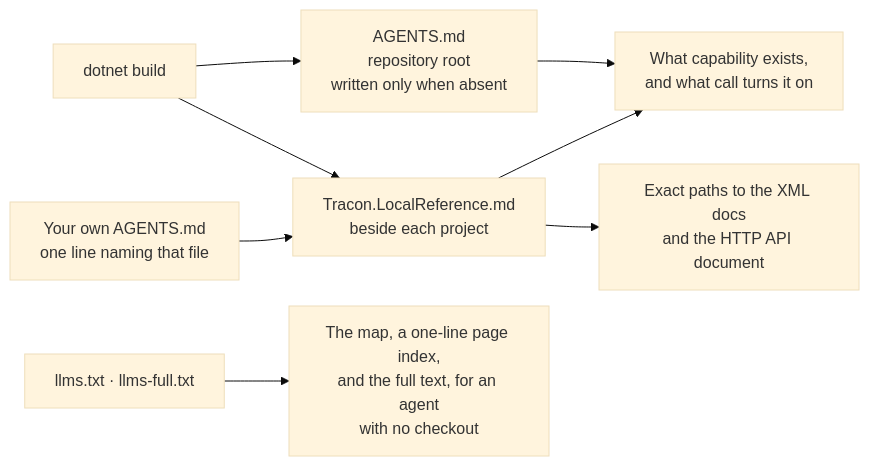
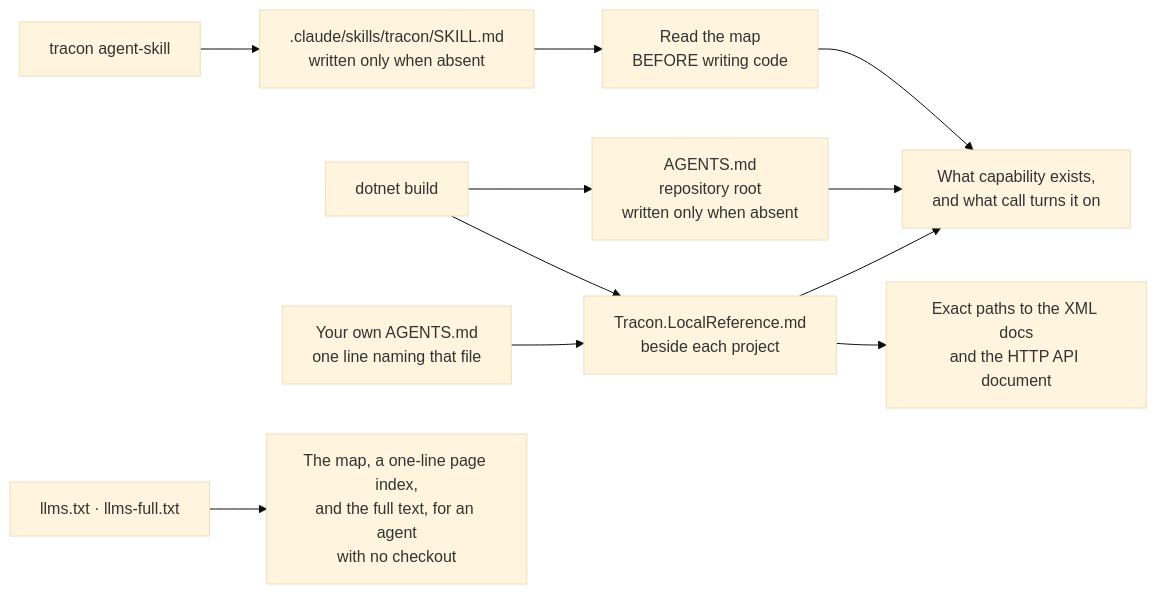
One commit to farukatasoy/Tracon changed the diagram in docs-site/src/content/docs/guides/coding-agents.md. Above: the diagram before and after it, drawn with Mermaid (base theme). The commit also changed other lines of this file and 20 other files, not shown here.

Commit message:
Write the coding-agent gate skill from the tracon tool

````diff
--- a/docs-site/src/content/docs/guides/coding-agents.md
+++ b/docs-site/src/content/docs/guides/coding-agents.md
@@ -49,12 +54,15 @@
 ```mermaid
 flowchart LR
     accTitle: What a coding agent reads, and which question each file answers
-    accDescr: The build writes the capability map and the local reference. The local reference names the map on disk, so a repository that keeps its own instructions reaches it through one pointer line. The site copies serve an agent with no checkout.
+    accDescr: The tool writes the gate skill, which sends the agent to the map before it writes code. The build writes the capability map and the local reference. The local reference names the map on disk, so a repository that keeps its own instructions reaches it through one pointer line. The site copies serve an agent with no checkout.
+    TOOL["tracon agent-skill"] --> SKILL[".claude/skills/tracon/SKILL.md<br/>written only when absent"]
+    SKILL --> Q0["Read the map<br/>BEFORE writing code"]
+    Q0 --> Q1
     BUILD["dotnet build"] --> MAP["AGENTS.md<br/>repository root<br/>written only when absent"]
     BUILD --> LOCAL["Tracon.LocalReference.md<br/>beside each project"]
     OWN["Your own AGENTS.md<br/>one line naming that file"] --> LOCAL
     MAP --> Q1["What capability exists,<br/>and what call turns it on"]
     LOCAL --> Q1
     LOCAL --> Q2["Exact paths to the XML docs<br/>and the HTTP API document"]
     SITE["llms.txt · llms-full.txt"] --> Q3["The map, a one-line page index,<br/>and the full text, for an agent<br/>with no checkout"]
 ```
````
